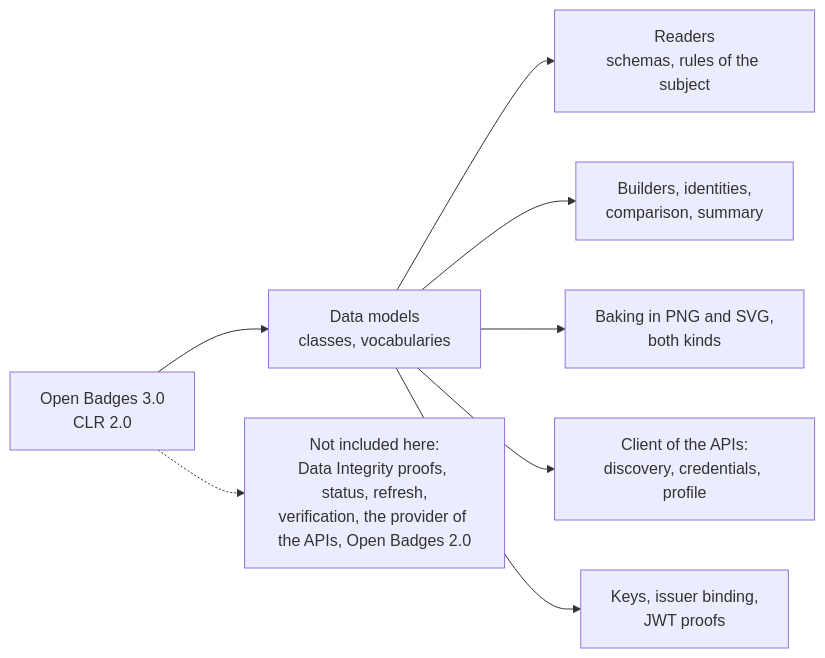
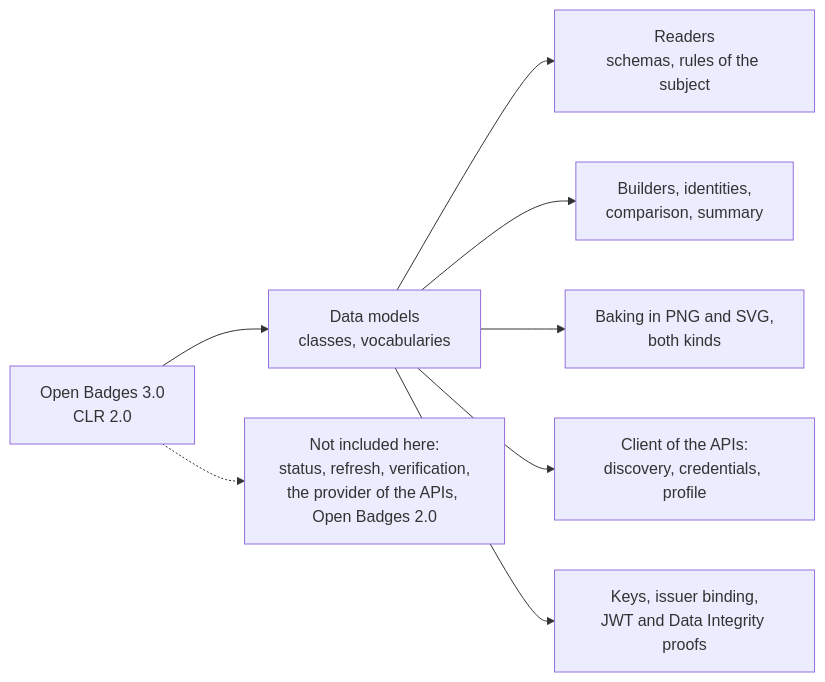
The diagram in docs/achievement-credentials/supported.md (interopkit/interopkit), drawn with Mermaid before and after one commit. The commit also changed other lines of this file and 53 other files, not shown here.

First line of the commit message:
Add Data Integrity proofs to achievement-credentials: signing, disclosure, verification bound to the issuer, safe mode, and contexts only at their pins

````diff
--- a/docs/achievement-credentials/supported.md
+++ b/docs/achievement-credentials/supported.md
@@ -6,10 +6,10 @@
 ```mermaid
 flowchart LR
   spec["Open Badges 3.0<br/>CLR 2.0"] --> model["Data models<br/>classes, vocabularies"]
   model --> read["Readers<br/>schemas, rules of the subject"]
   model --> issue["Builders, identities,<br/>comparison, summary"]
   model --> baking["Baking in PNG and SVG,<br/>both kinds"]
   model --> client["Client of the APIs:<br/>discovery, credentials, profile"]
-  model --> keys["Keys, issuer binding,<br/>JWT proofs"]
-  spec -.-> outside["Not included here:<br/>Data Integrity proofs, status, refresh,<br/>verification, the provider of the APIs, Open Badges 2.0"]
+  model --> keys["Keys, issuer binding,<br/>JWT and Data Integrity proofs"]
+  spec -.-> outside["Not included here:<br/>status, refresh, verification,<br/>the provider of the APIs, Open Badges 2.0"]
 ```
````
